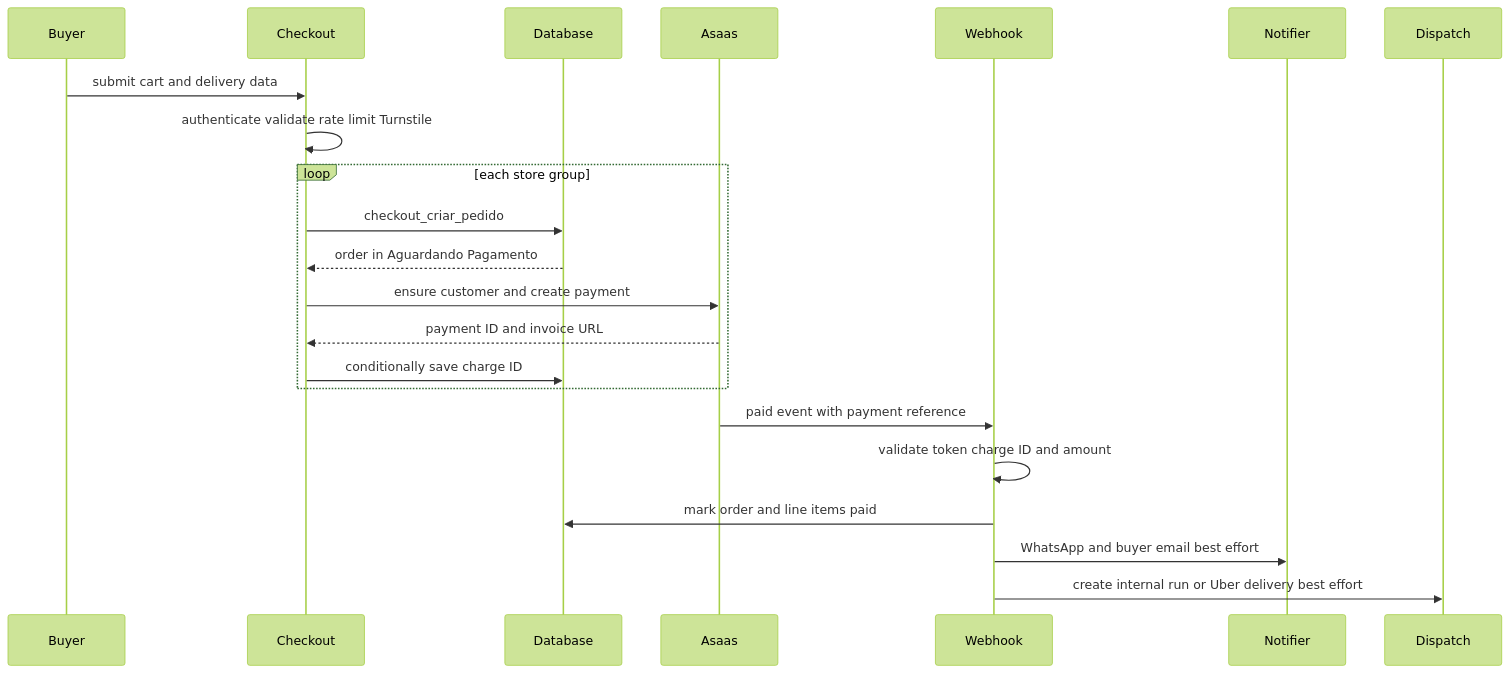
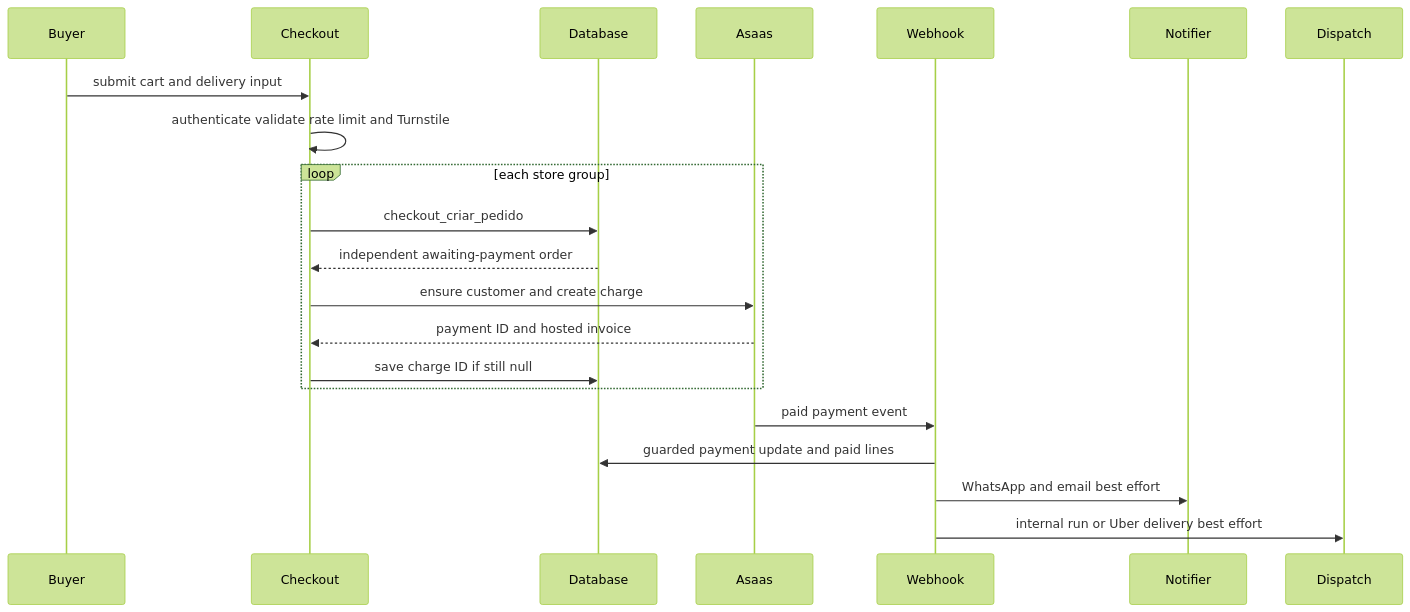
The first of 2 diagrams in openwiki/workflows/checkout-payment-and-order-lifecycle.md (Schneider-Gr/industria24hIA), drawn with Mermaid (forest theme) before and after one commit. The commit also changed other lines of this file and 32 other files, not shown here.

````diff
--- a/openwiki/workflows/checkout-payment-and-order-lifecycle.md
+++ b/openwiki/workflows/checkout-payment-and-order-lifecycle.md
@@ -99,25 +107,24 @@
 ```mermaid
 sequenceDiagram
     participant Buyer
     participant Checkout
     participant Database
     participant Asaas
     participant Webhook
     participant Notifier
     participant Dispatch
 
-    Buyer->>Checkout: submit cart and delivery data
-    Checkout->>Checkout: authenticate validate rate limit Turnstile
+    Buyer->>Checkout: submit cart and delivery input
+    Checkout->>Checkout: authenticate validate rate limit and Turnstile
     loop each store group
         Checkout->>Database: checkout_criar_pedido
-        Database-->>Checkout: order in Aguardando Pagamento
-        Checkout->>Asaas: ensure customer and create payment
-        Asaas-->>Checkout: payment ID and invoice URL
-        Checkout->>Database: conditionally save charge ID
+        Database-->>Checkout: independent awaiting-payment order
+        Checkout->>Asaas: ensure customer and create charge
+        Asaas-->>Checkout: payment ID and hosted invoice
+        Checkout->>Database: save charge ID if still null
     end
-    Asaas->>Webhook: paid event with payment reference
-    Webhook->>Webhook: validate token charge ID and amount
-    Webhook->>Database: mark order and line items paid
-    Webhook->>Notifier: WhatsApp and buyer email best effort
-    Webhook->>Dispatch: create internal run or Uber delivery best effort
+    Asaas->>Webhook: paid payment event
+    Webhook->>Database: guarded payment update and paid lines
+    Webhook->>Notifier: WhatsApp and email best effort
+    Webhook->>Dispatch: internal run or Uber delivery best effort
 ```
````
